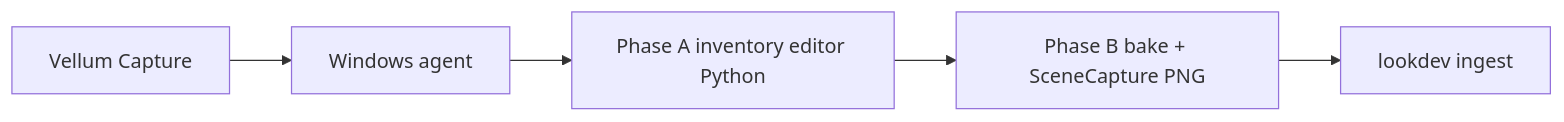
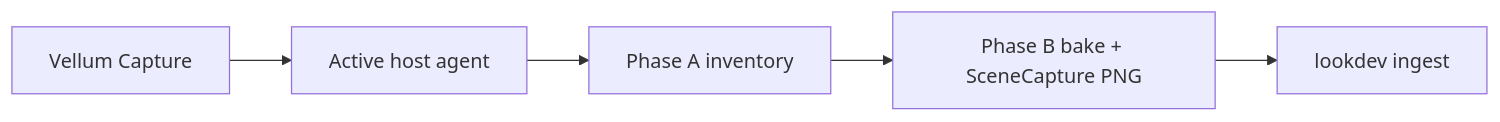
Before and after one commit to AptlyClever/vellum: the diagram in docs/scratch-inspect-niagara.md, drawn with Mermaid. The commit also changed other lines of this file and 9 other files, not shown here.

First line of the commit message:
Add Aurora/Borealis UE host profiles for capture.

````diff
--- a/docs/scratch-inspect-niagara.md
+++ b/docs/scratch-inspect-niagara.md
@@ -26,7 +47,7 @@
 ```mermaid
 flowchart LR
-  A[Vellum Capture] --> B[Windows agent]
-  B --> C[Phase A inventory editor Python]
+  A[Vellum Capture] --> B[Active host agent]
+  B --> C[Phase A inventory]
   C --> D[Phase B bake + SceneCapture PNG]
   D --> E[lookdev ingest]
 ```
````
